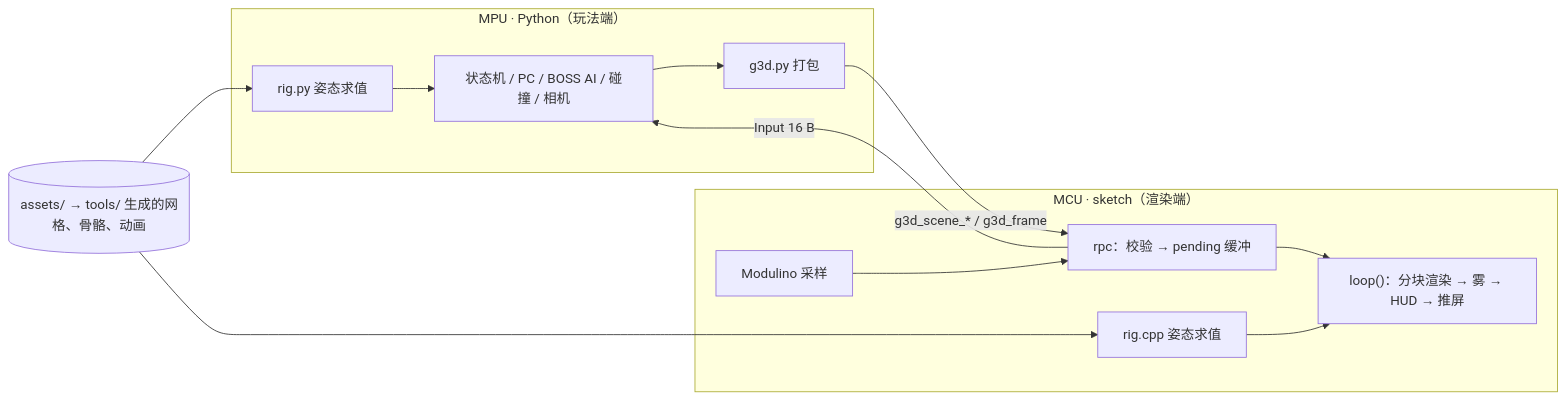
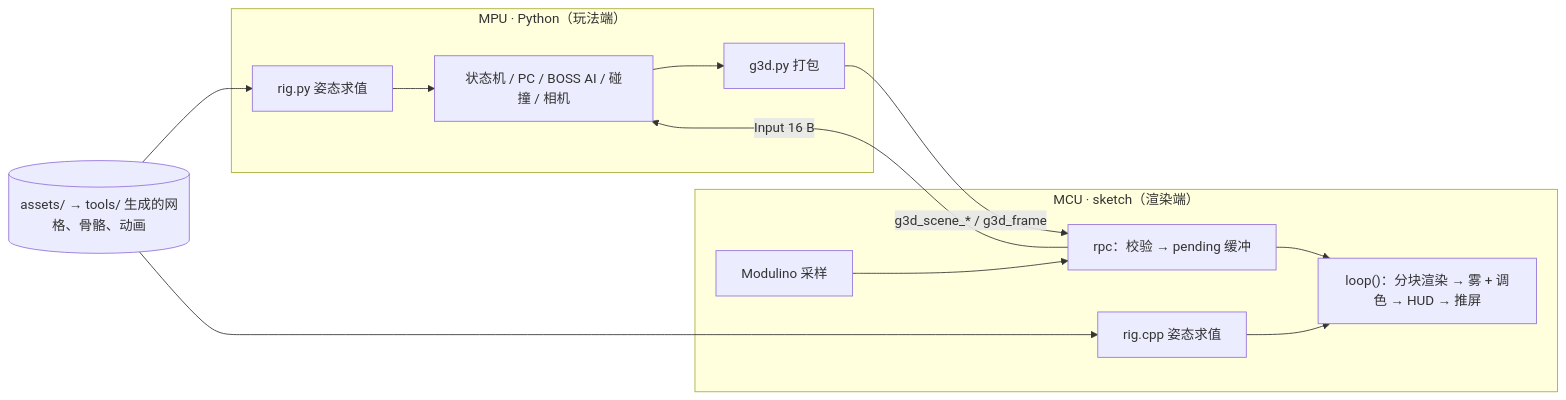
The diagram in arcade/docs/api.md (NU-Hachimi/uno-q-hackout), drawn with Mermaid before and after one commit. The commit also changed other lines of this file and 42 other files, not shown here.

````diff
--- a/arcade/docs/api.md
+++ b/arcade/docs/api.md
@@ -9,16 +9,16 @@
 ```mermaid
 flowchart LR
     subgraph MPU["MPU · Python（玩法端）"]
         logic["状态机 / PC / BOSS AI / 碰撞 / 相机"] --> proto["g3d.py 打包"]
         rigpy["rig.py 姿态求值"] --> logic
     end
     subgraph MCU["MCU · sketch（渲染端）"]
-        rpc["rpc：校验 → pending 缓冲"] --> render["loop()：分块渲染 → 雾 → HUD → 推屏"]
+        rpc["rpc：校验 → pending 缓冲"] --> render["loop()：分块渲染 → 雾 + 调色 → HUD → 推屏"]
         rigc["rig.cpp 姿态求值"] --> render
         inputs["Modulino 采样"] --> rpc
     end
     proto -->|"g3d_scene_* / g3d_frame"| rpc
     rpc -->|"Input 16 B"| logic
     shared[("assets/ → tools/ 生成的网格、骨骼、动画")] --> rigpy
     shared --> rigc
 ```
````
